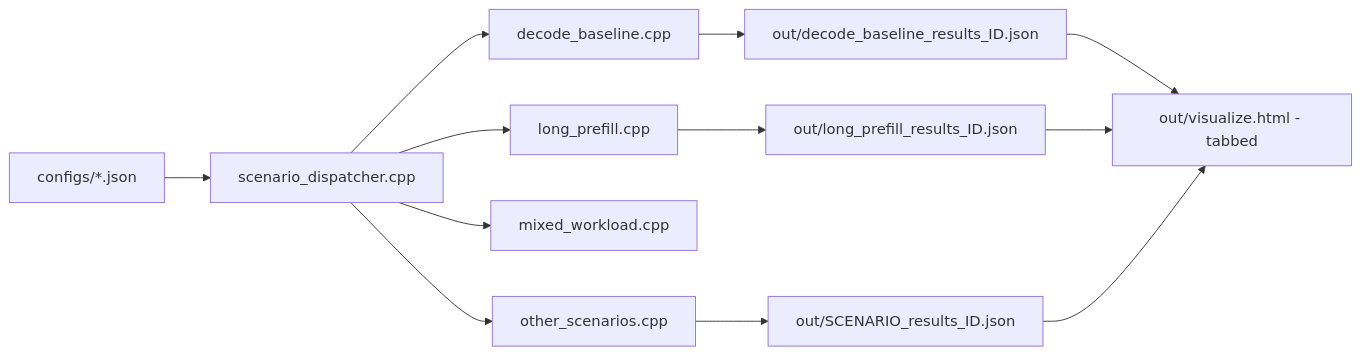
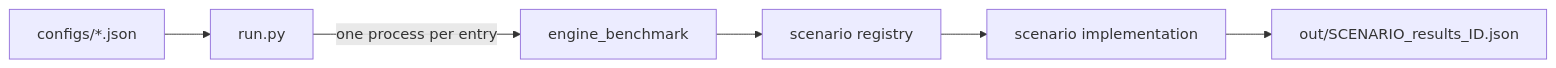
Before and after one commit to microsoft/onnxruntime-genai: the diagram in benchmark/engine/docs/benchmark-design.md, drawn with Mermaid. The commit also changed other lines of this file and 14 other files, not shown here.

````diff
--- a/benchmark/engine/docs/benchmark-design.md
+++ b/benchmark/engine/docs/benchmark-design.md
@@ -7,17 +5,8 @@
 ```mermaid
 flowchart LR
-    A[configs/*.json] --> C[scenario_dispatcher.cpp]
-
-    C --> D[decode_baseline.cpp]
-    C --> E[long_prefill.cpp]
-    C --> F[mixed_workload.cpp]
-    C --> G[other_scenarios.cpp]
-
-    D --> H[out/decode_baseline_results_ID.json]
-    E --> J[out/long_prefill_results_ID.json]
-    G --> N[out/SCENARIO_results_ID.json]
-
-    H --> V[out/visualize.html - tabbed]
-    J --> V
-    N --> V
+    A[configs/*.json] --> B[run.py]
+    B -->|one process per entry| C[engine_benchmark]
+    C --> D[scenario registry]
+    D --> E[scenario implementation]
+    E --> F[out/SCENARIO_results_ID.json]
 ```
````
